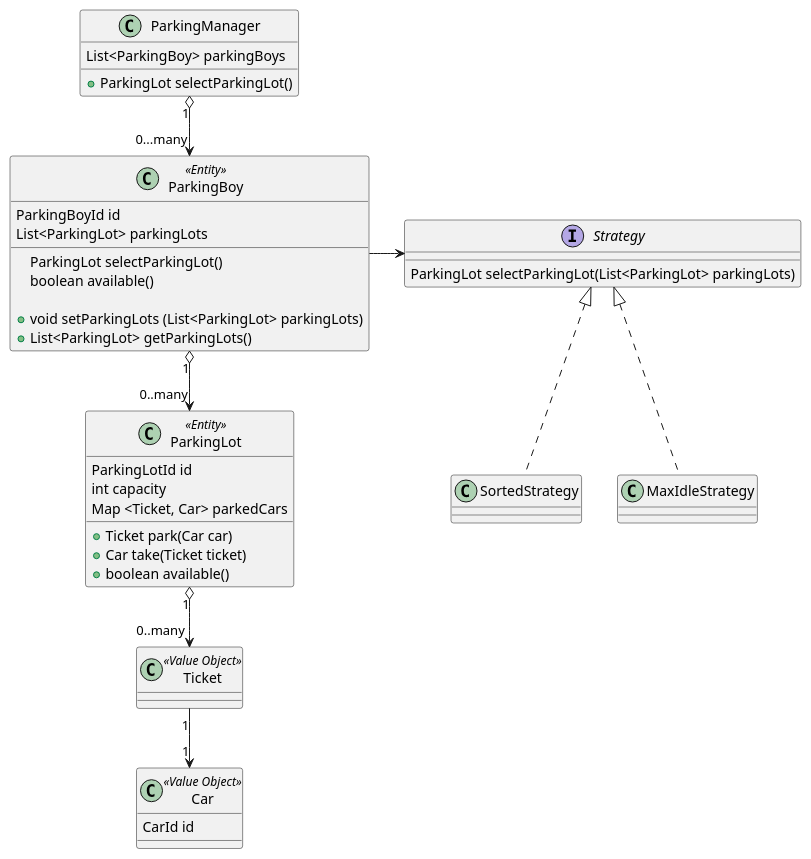
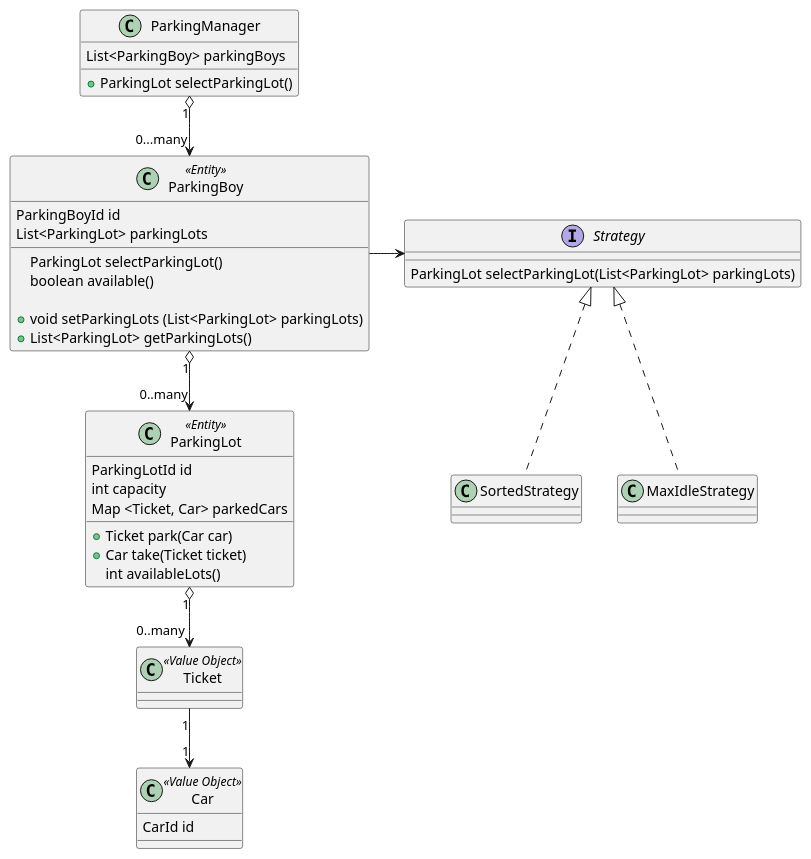
Before and after one commit to dlstonedl/ddd-practice: the diagram in src/main/resources/plantuml/ParkingLotsManagement.puml, drawn with PlantUML. The commit also changed 1 other file, not shown here.

Commit message:
available lots

```diff
--- a/src/main/resources/plantuml/ParkingLotsManagement.puml
+++ b/src/main/resources/plantuml/ParkingLotsManagement.puml
@@ -1,52 +1,52 @@
 @startuml
 
 class ParkingManager {
   List<ParkingBoy> parkingBoys
 
   + ParkingLot selectParkingLot()
 }
 
 ParkingManager "1" o--> "0...many" ParkingBoy
 
 class ParkingBoy << Entity >> {
   ParkingBoyId id
   List<ParkingLot> parkingLots
 
   ParkingLot selectParkingLot()
   boolean available()
 
   + void setParkingLots (List<ParkingLot> parkingLots)
   + List<ParkingLot> getParkingLots()
 }
 
 interface Strategy {
   ParkingLot selectParkingLot(List<ParkingLot> parkingLots)
 }
 class SortedStrategy
 class MaxIdleStrategy
 Strategy <|.. SortedStrategy
 Strategy <|.. MaxIdleStrategy
 ParkingBoy -> Strategy
 
 class ParkingLot << Entity >> {
   ParkingLotId id
   int capacity
   Map <Ticket, Car> parkedCars
 
   + Ticket park(Car car)
   + Car take(Ticket ticket)
-  + boolean available()
+  int availableLots()
 }
 
 Class Car << Value Object >> {
     CarId id
 }
 
 Class Ticket << Value Object >> {
 }
 
 Ticket "1" --> "1" Car
 ParkingLot "1" o--> "0..many" Ticket
 ParkingBoy "1" o--> "0..many" ParkingLot
 
 @enduml
```
